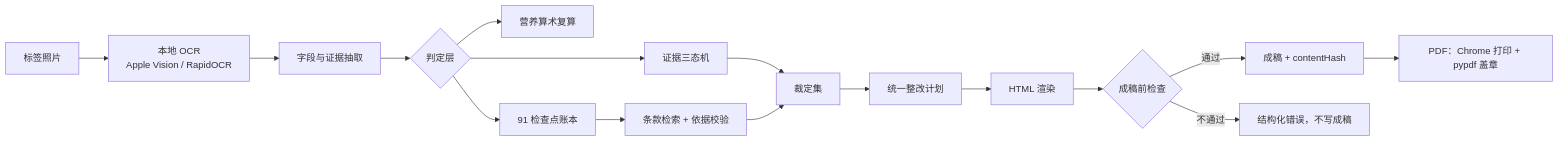
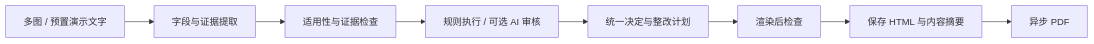
Before and after one commit to ccxcc065-a11y/food-label-review: the diagram in README.md, drawn with Mermaid. The commit also changed other lines of this file and 29 other files, not shown here.

````diff
--- a/README.md
+++ b/README.md
@@ -53,18 +61,10 @@
 ```mermaid
 flowchart LR
-  A[标签照片] --> B[本地 OCR<br/>Apple Vision / RapidOCR]
-  B --> C[字段与证据抽取]
-  C --> D{判定层}
-  D --> E[营养算术复算]
-  D --> F[91 检查点账本]
-  D --> G[证据三态机]
-  F --> H[条款检索 + 依据校验]
-  G --> I[裁定集]
-  H --> I
-  I --> J[统一整改计划]
-  J --> K[HTML 渲染]
-  K --> L{成稿前检查}
-  L -- 通过 --> M[成稿 + contentHash]
-  L -- 不通过 --> N[结构化错误，不写成稿]
-  M --> O[PDF：Chrome 打印 + pypdf 盖章]
+  A[多图 / 预置演示文字] --> B[字段与证据提取]
+  B --> C[适用性与证据检查]
+  C --> D[规则执行 / 可选 AI 审核]
+  D --> E[统一决定与整改计划]
+  E --> F[渲染后检查]
+  F --> G[保存 HTML 与内容摘要]
+  G --> H[异步 PDF]
 ```
````
